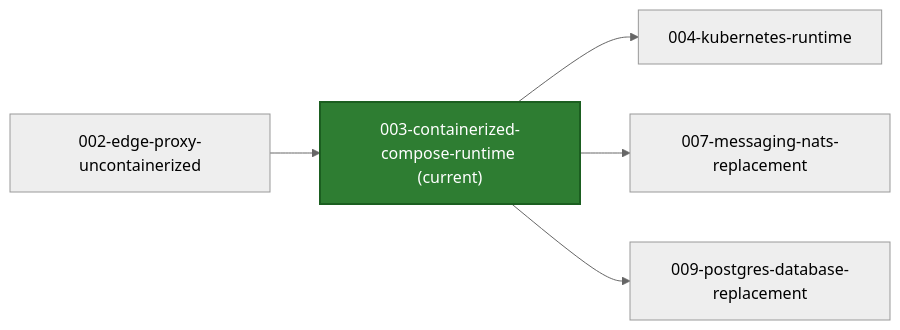
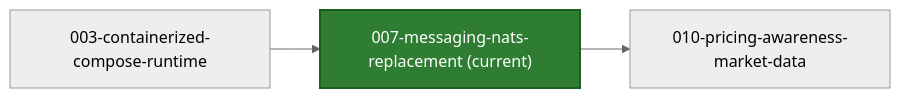
Before and after one commit to finos/traderX: the diagram in README.md, drawn with Mermaid (neutral theme). The commit also changed other lines of this file and 44 other files, not shown here.

First line of the commit message:
snapshot: 007-messaging-nats-replacement generated from 68d19a554c7480a615b19c024eb0a88228c6b9ad

````diff
--- a/README.md
+++ b/README.md
@@ -21,14 +21,10 @@
 ```mermaid
 flowchart LR
-  S_CUR["003-containerized-compose-runtime (current)"]
+  S_CUR["007-messaging-nats-replacement (current)"]
   style S_CUR fill:#2e7d32,stroke:#1b5e20,color:#ffffff,stroke-width:2px
-  S_PREV_002_edge_proxy_uncontainerized["002-edge-proxy-uncontainerized"] --> S_CUR
-  click S_PREV_002_edge_proxy_uncontainerized href "https://github.com/finos/traderX/tree/code%2Fgenerated-state-002-edge-proxy-uncontainerized" "Open branch"
-  S_CUR --> S_NEXT_004_kubernetes_runtime["004-kubernetes-runtime"]
-  click S_NEXT_004_kubernetes_runtime href "https://github.com/finos/traderX/tree/code%2Fgenerated-state-004-kubernetes-runtime" "Open branch"
-  S_CUR --> S_NEXT_007_messaging_nats_replacement["007-messaging-nats-replacement"]
-  click S_NEXT_007_messaging_nats_replacement href "https://github.com/finos/traderX/tree/code%2Fgenerated-state-007-messaging-nats-replacement" "Open branch"
-  S_CUR --> S_NEXT_009_postgres_database_replacement["009-postgres-database-replacement"]
-  click S_NEXT_009_postgres_database_replacement href "https://github.com/finos/traderX/tree/code%2Fgenerated-state-009-postgres-database-replacement" "Open branch"
-  click S_CUR href "https://github.com/finos/traderX/tree/code%2Fgenerated-state-003-containerized-compose-runtime" "Open current branch"
+  S_PREV_003_containerized_compose_runtime["003-containerized-compose-runtime"] --> S_CUR
+  click S_PREV_003_containerized_compose_runtime href "https://github.com/finos/traderX/tree/code%2Fgenerated-state-003-containerized-compose-runtime" "Open branch"
+  S_CUR --> S_NEXT_010_pricing_awareness_market_data["010-pricing-awareness-market-data"]
+  click S_NEXT_010_pricing_awareness_market_data href "https://github.com/finos/traderX/tree/code%2Fgenerated-state-010-pricing-awareness-market-data" "Open branch"
+  click S_CUR href "https://github.com/finos/traderX/tree/code%2Fgenerated-state-007-messaging-nats-replacement" "Open current branch"
 ```
````
